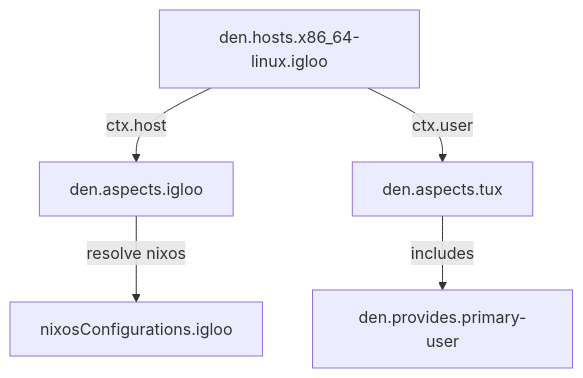
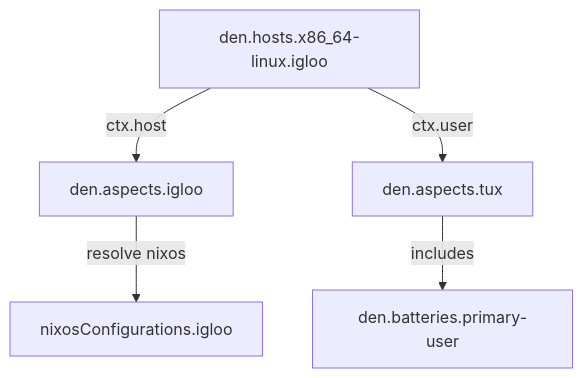
The diagram in docs/src/content/docs/tutorials/minimal.mdx (denful/den), drawn with Mermaid before and after one commit. The commit also changed other lines of this file and 76 other files, not shown here.

Commit message:
improve: Move all batteries to `den.batteries` make `den.provides` and `den._` alias for it

````diff
--- a/docs/src/content/docs/tutorials/minimal.mdx
+++ b/docs/src/content/docs/tutorials/minimal.mdx
@@ -85,7 +85,7 @@
 ```mermaid
 graph TD
   H["den.hosts.x86_64-linux.igloo"] -->|"ctx.host"| A["den.aspects.igloo"]
   H -->|"ctx.user"| U["den.aspects.tux"]
-  U -->|"includes"| PU["den.provides.primary-user"]
+  U -->|"includes"| PU["den.batteries.primary-user"]
   A -->|"resolve nixos"| NixOS["nixosConfigurations.igloo"]
 ```
````
